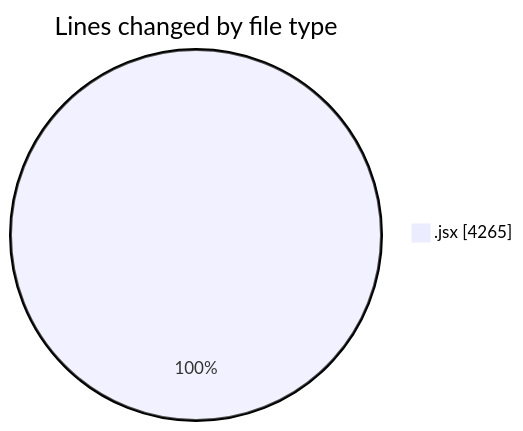
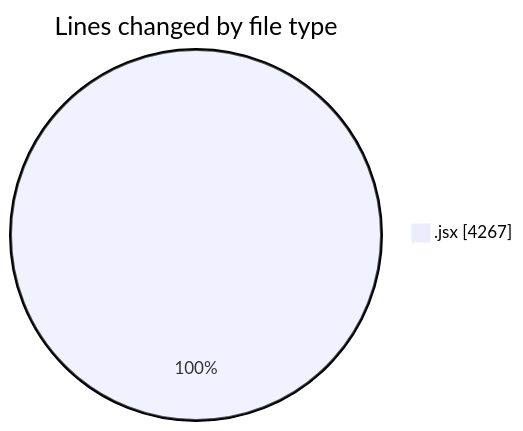
The first of 2 diagrams in 2026-01-06/nxtqube_webapp/README.md (nxtqubesakshisongat/code-tracking), drawn with Mermaid before and after one commit. The commit also changed other lines of this file and 1 other file, not shown here.

````diff
--- a/2026-01-06/nxtqube_webapp/README.md
+++ b/2026-01-06/nxtqube_webapp/README.md
@@ -21,5 +21,5 @@
 ```mermaid
 pie showData
 title Lines changed by file type
-".jsx" : 4265
+".jsx" : 4267
 ```
````
